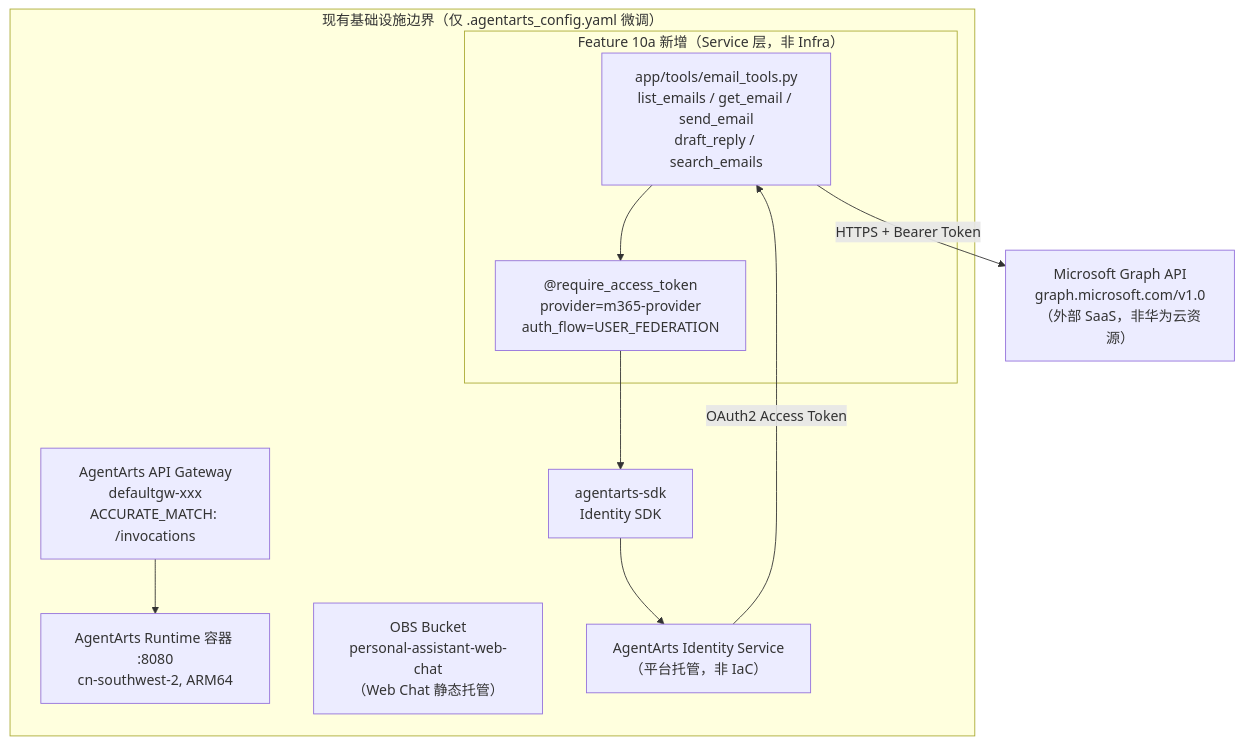
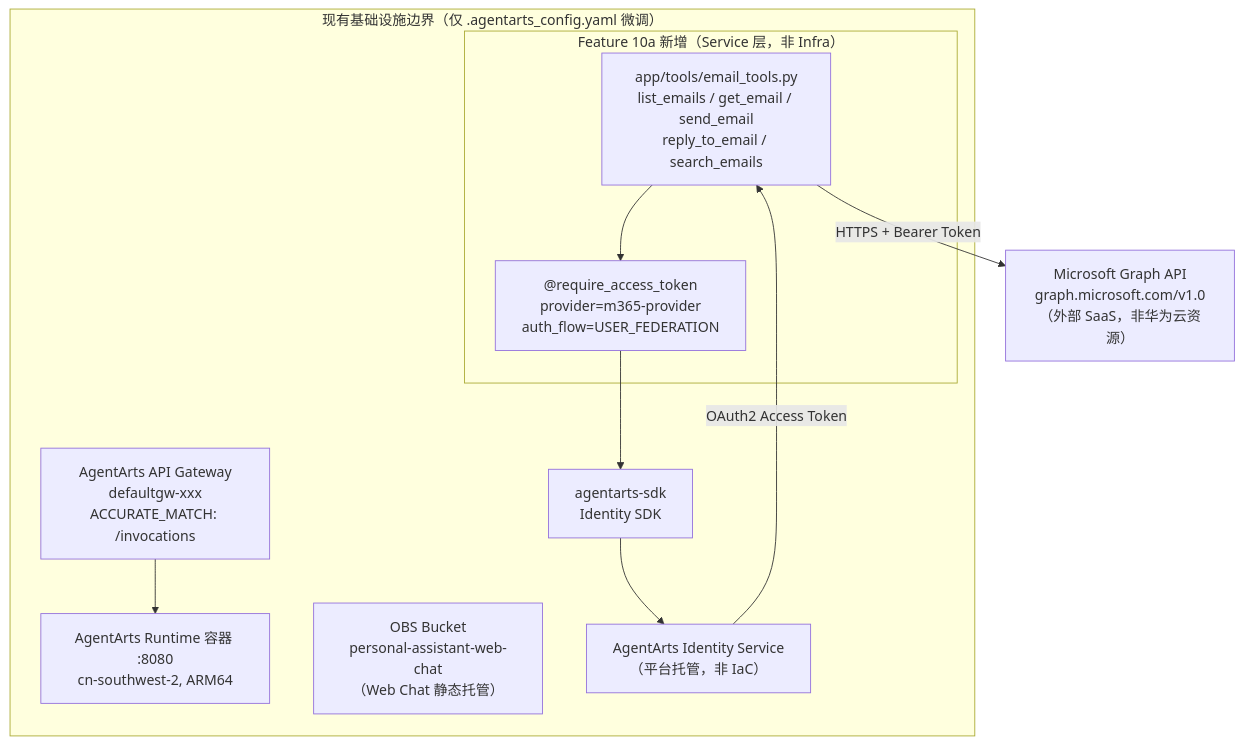
One commit to T-1009/personal-assistant changed the diagram in personal-assistant-meta/issues/features/feature-10-outbound-email-obs/infra-plan.md. Above: the diagram before and after it, drawn with Mermaid. The commit also changed 4 other files, not shown here.

Commit message:
plan: feature-10a-outbound-email — propagate draft_reply→reply_to_email rename across all docs

````diff
--- a/personal-assistant-meta/issues/features/feature-10-outbound-email-obs/infra-plan.md
+++ b/personal-assistant-meta/issues/features/feature-10-outbound-email-obs/infra-plan.md
@@ -62,23 +62,23 @@
 ```mermaid
 flowchart TB
     subgraph Boundary["现有基础设施边界（仅 .agentarts_config.yaml 微调）"]
         GW["AgentArts API Gateway<br/>defaultgw-xxx<br/>ACCURATE_MATCH: /invocations"]
         Container["AgentArts Runtime 容器 :8080<br/>cn-southwest-2, ARM64"]
         OBS["OBS Bucket<br/>personal-assistant-web-chat<br/>（Web Chat 静态托管）"]
 
         subgraph Feature10a["Feature 10a 新增（Service 层，非 Infra）"]
-            Tools["app/tools/email_tools.py<br/>list_emails / get_email / send_email<br/>draft_reply / search_emails"]
+            Tools["app/tools/email_tools.py<br/>list_emails / get_email / send_email<br/>reply_to_email / search_emails"]
             Decorator["@require_access_token<br/>provider=m365-provider<br/>auth_flow=USER_FEDERATION"]
         end
 
         SDK["agentarts-sdk<br/>Identity SDK"]
         IdSvc["AgentArts Identity Service<br/>（平台托管，非 IaC）"]
     end
 
     External["Microsoft Graph API<br/>graph.microsoft.com/v1.0<br/>（外部 SaaS，非华为云资源）"]
 
     Tools --> Decorator --> SDK --> IdSvc
     IdSvc -->|"OAuth2 Access Token"| Tools
     Tools -->|"HTTPS + Bearer Token"| External
     GW --> Container
 ```
````
